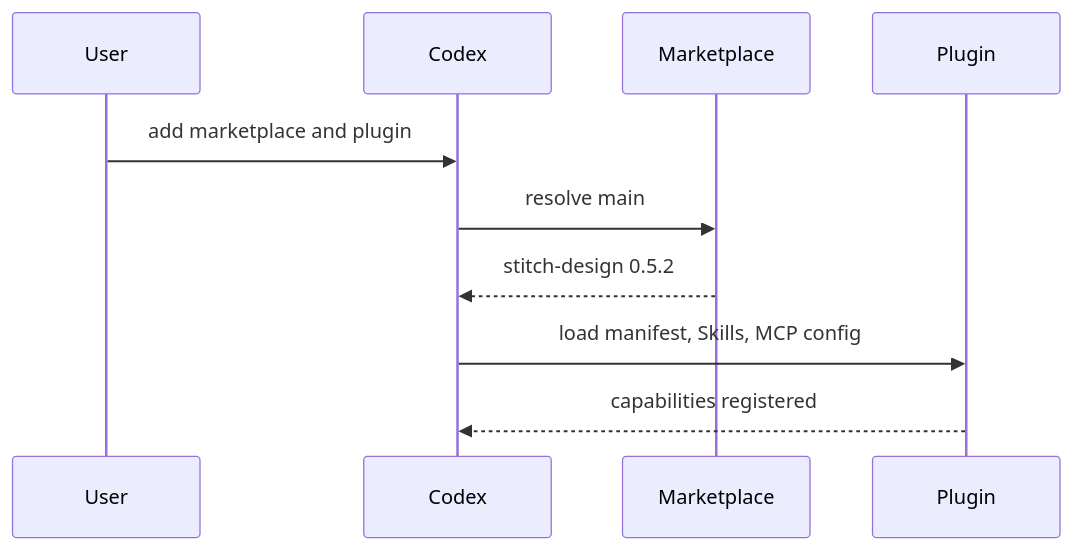
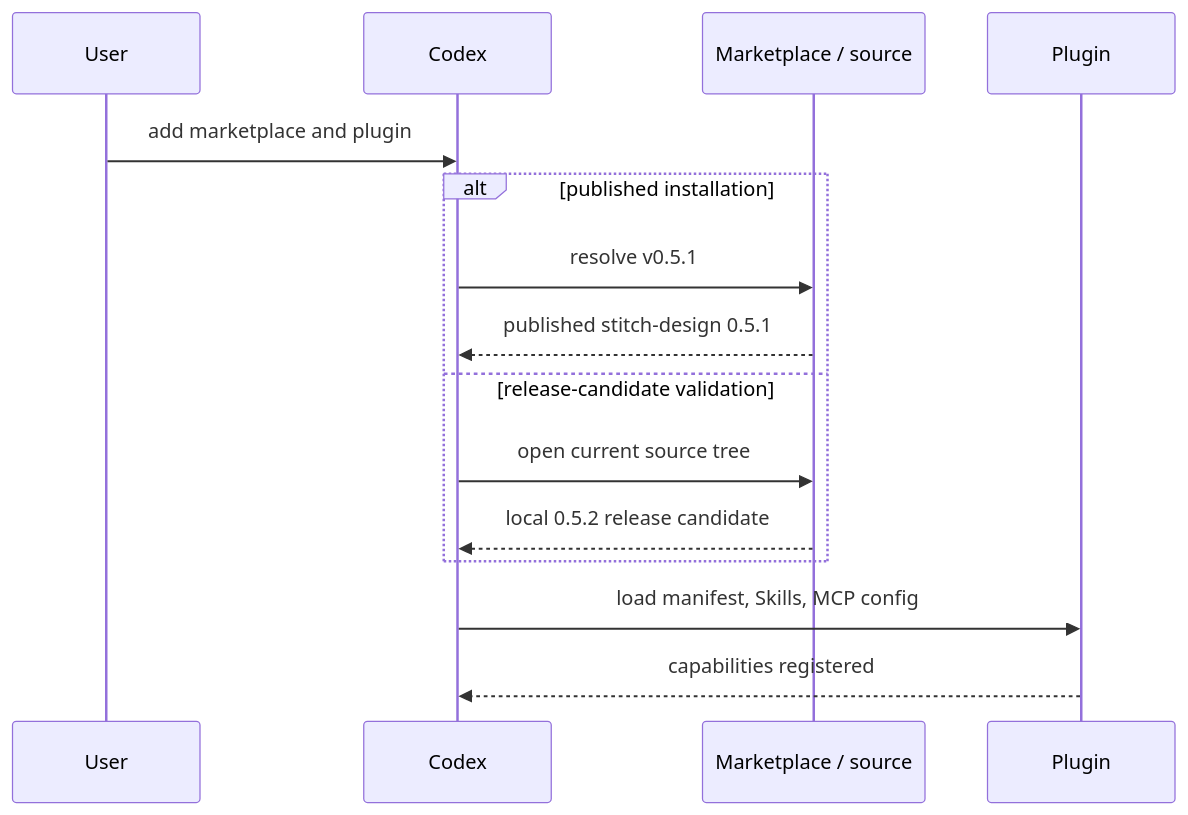
The seventh of 11 diagrams in docs/Stitch-Design-Architecture.md (full-stack-plugins/stitch-design-plugin), drawn with Mermaid before and after one commit. The commit also changed other lines of this file and 16 other files, not shown here.

````diff
--- a/docs/Stitch-Design-Architecture.md
+++ b/docs/Stitch-Design-Architecture.md
@@ -158,12 +158,17 @@
 ```mermaid
 sequenceDiagram
     participant U as User
     participant C as Codex
-    participant M as Marketplace
+    participant M as Marketplace / source
     participant P as Plugin
     U->>C: add marketplace and plugin
-    C->>M: resolve main
-    M-->>C: stitch-design 0.5.2
+    alt published installation
+        C->>M: resolve v0.5.1
+        M-->>C: published stitch-design 0.5.1
+    else release-candidate validation
+        C->>M: open current source tree
+        M-->>C: local 0.5.2 release candidate
+    end
     C->>P: load manifest, Skills, MCP config
     P-->>C: capabilities registered
 ```
````
